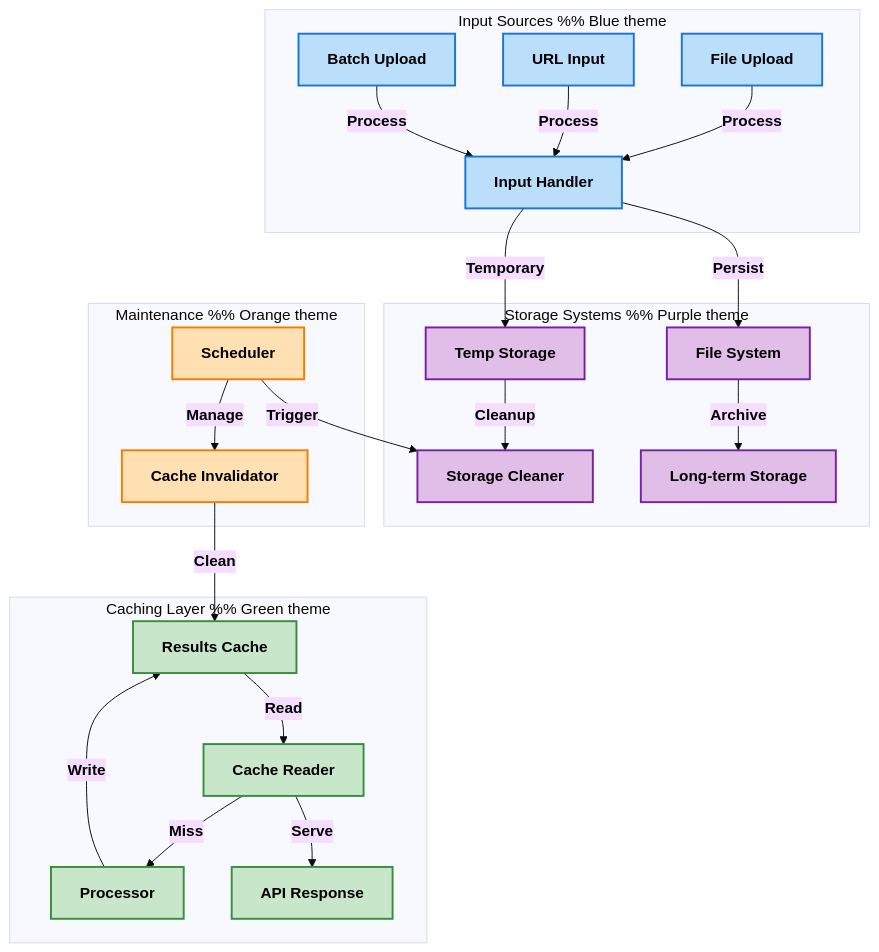
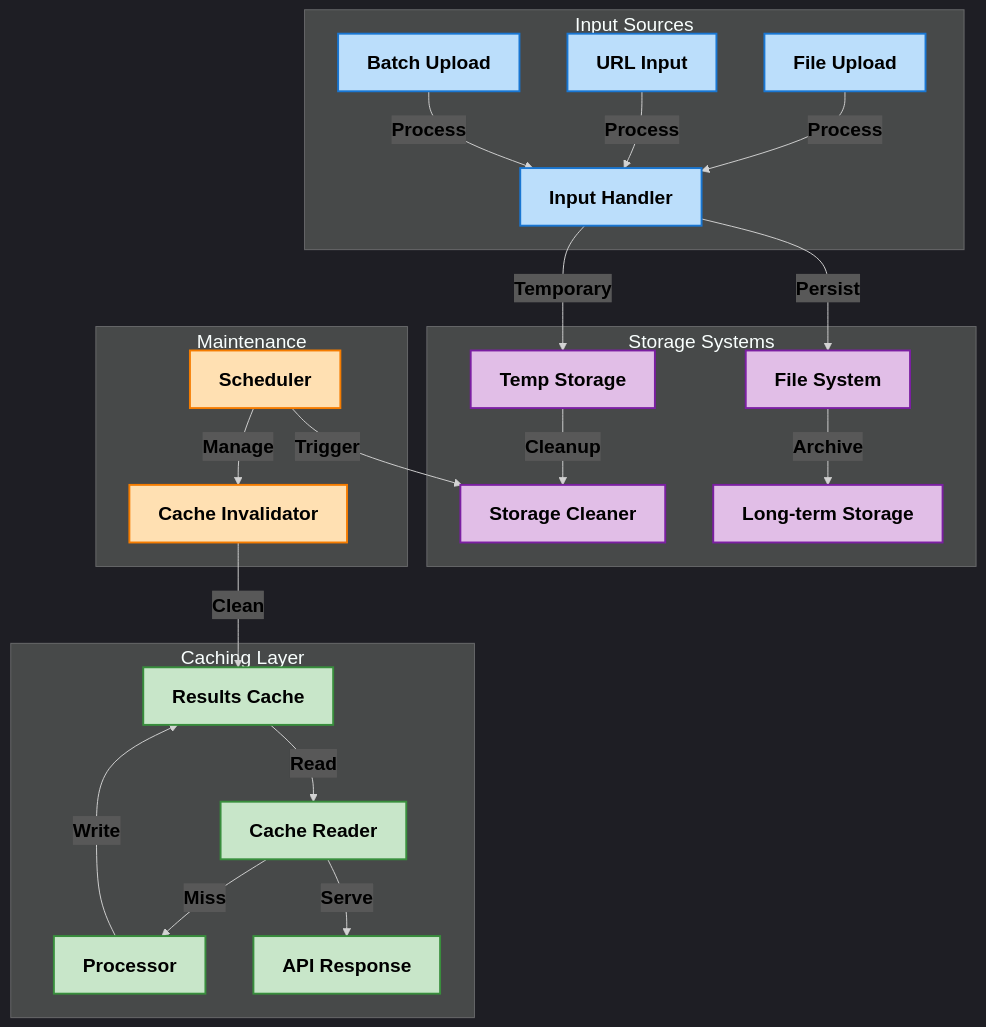
The fifth of 5 diagrams in README.md (Dhruv0306/SymphonyProject1), drawn with Mermaid before and after one commit. The commit also changed other lines of this file, not shown here.

````diff
--- a/README.md
+++ b/README.md
@@ -252,48 +252,48 @@
 ```mermaid
-%%{init: {'theme': 'base', 'themeVariables': { 'fontFamily': 'arial', 'fontSize': '16px'}}}%%
+%%{init: {'theme': 'dark', 'themeVariables': { 'fontFamily': 'arial', 'fontSize': '20px'}}}%%
 graph TD
-    subgraph "Input Sources" %% Blue theme
+    subgraph "Input Sources" 
         style A1 fill:#bbdefb,stroke:#1976d2,stroke-width:2px,color:#000000,font-weight:bold
         style A2 fill:#bbdefb,stroke:#1976d2,stroke-width:2px,color:#000000,font-weight:bold
         style A3 fill:#bbdefb,stroke:#1976d2,stroke-width:2px,color:#000000,font-weight:bold
         style B fill:#bbdefb,stroke:#1976d2,stroke-width:2px,color:#000000,font-weight:bold
         A1[File Upload] -->|Process| B[Input Handler]
         A2[URL Input] -->|Process| B
         A3[Batch Upload] -->|Process| B
     end
 
-    subgraph "Storage Systems" %% Purple theme
+    subgraph "Storage Systems" 
         style C fill:#e1bee7,stroke:#7b1fa2,stroke-width:2px,color:#000000,font-weight:bold
         style D fill:#e1bee7,stroke:#7b1fa2,stroke-width:2px,color:#000000,font-weight:bold
         style E fill:#e1bee7,stroke:#7b1fa2,stroke-width:2px,color:#000000,font-weight:bold
         style F fill:#e1bee7,stroke:#7b1fa2,stroke-width:2px,color:#000000,font-weight:bold
         B -->|Temporary| C[Temp Storage]
         B -->|Persist| D[File System]
         
         C -->|Cleanup| E[Storage Cleaner]
         D -->|Archive| F[Long-term Storage]
     end
 
-    subgraph "Caching Layer" %% Green theme
+    subgraph "Caching Layer" 
         style G fill:#c8e6c9,stroke:#388e3c,stroke-width:2px,color:#000000,font-weight:bold
         style H fill:#c8e6c9,stroke:#388e3c,stroke-width:2px,color:#000000,font-weight:bold
         style I fill:#c8e6c9,stroke:#388e3c,stroke-width:2px,color:#000000,font-weight:bold
         style J fill:#c8e6c9,stroke:#388e3c,stroke-width:2px,color:#000000,font-weight:bold
         G[Results Cache] -->|Read| H[Cache Reader]
         I[Processor] -->|Write| G
         
         H -->|Serve| J[API Response]
         H -->|Miss| I
     end
 
-    subgraph "Maintenance" %% Orange theme
+    subgraph "Maintenance" 
         style K fill:#ffe0b2,stroke:#f57c00,stroke-width:2px,color:#000000,font-weight:bold
         style L fill:#ffe0b2,stroke:#f57c00,stroke-width:2px,color:#000000,font-weight:bold
         K[Scheduler] -->|Trigger| E
         K -->|Manage| L[Cache Invalidator]
         L -->|Clean| G
     end
 
     %% Style all edge labels
     linkStyle default color:#000000,font-weight:bold
 ```
````
